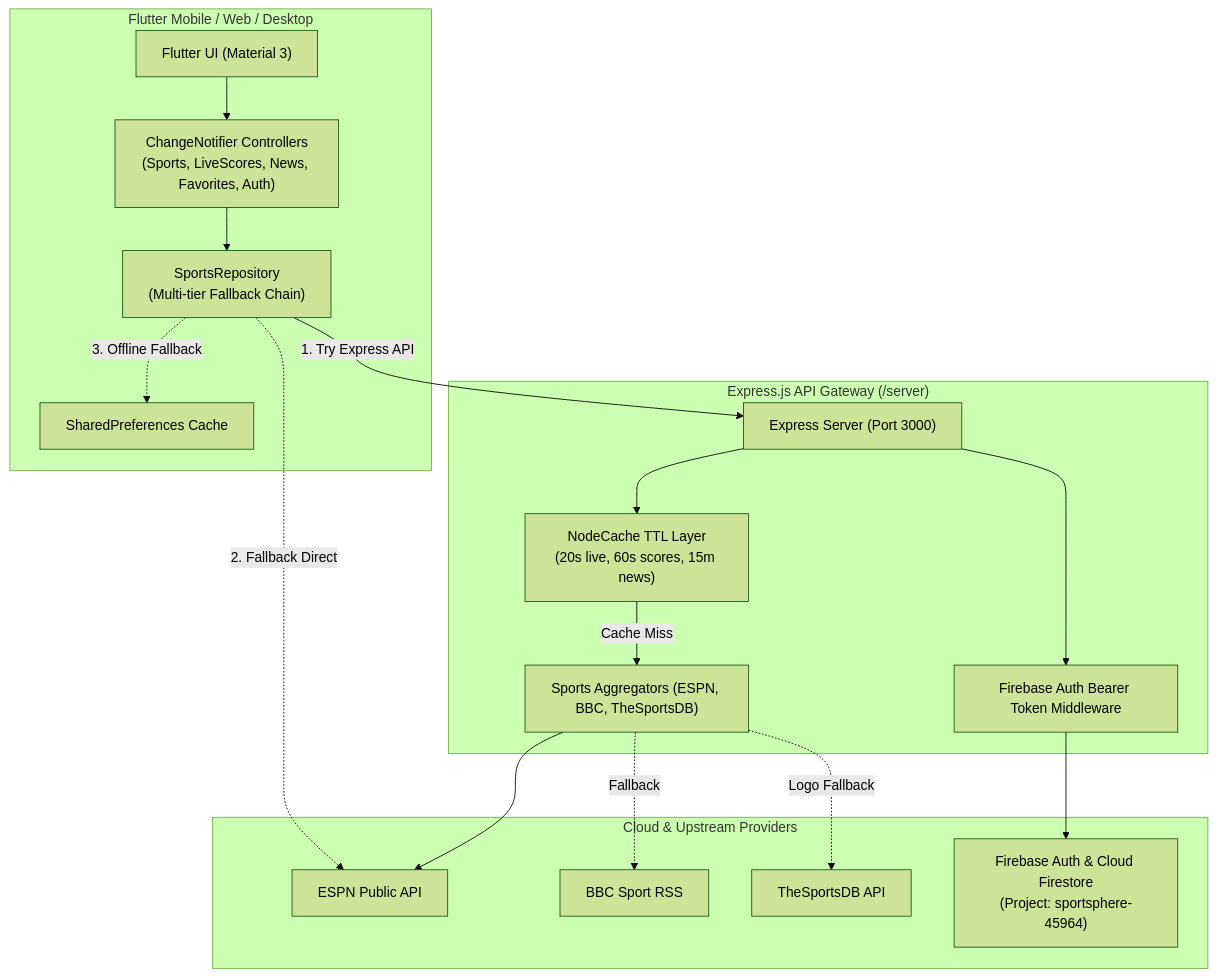
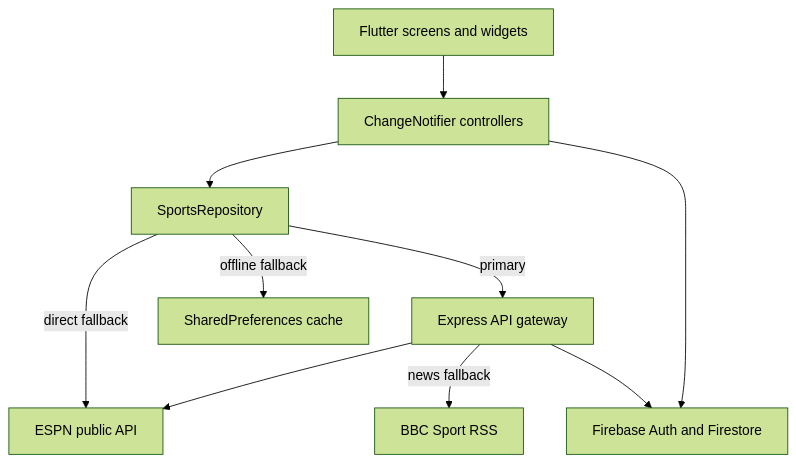
Before and after one commit to aadarshrdeshmukh/Sportsphere: the diagram in README.md, drawn with Mermaid (forest theme). The commit also changed other lines of this file and 9 other files, not shown here.

````diff
--- a/README.md
+++ b/README.md
@@ -22,37 +19,21 @@
 ```mermaid
 flowchart TD
-    subgraph Client ["Flutter Mobile / Web / Desktop"]
-        UI["Flutter UI (Material 3)"]
-        Controllers["ChangeNotifier Controllers\n(Sports, LiveScores, News, Favorites, Auth)"]
-        Repo["SportsRepository\n(Multi-tier Fallback Chain)"]
-        Cache["SharedPreferences Cache"]
-    end
+    UI[Flutter screens and widgets]
+    State[ChangeNotifier controllers]
+    Repo[SportsRepository]
+    API[Express API gateway]
+    ESPN[ESPN public API]
+    BBC[BBC Sport RSS]
+    Cache[SharedPreferences cache]
+    Firebase[Firebase Auth and Firestore]
 
-    subgraph Backend ["Express.js API Gateway (/server)"]
-        Express["Express Server (Port 3000)"]
-        TTLCache["NodeCache TTL Layer\n(20s live, 60s scores, 15m news)"]
-        AuthMiddleware["Firebase Auth Bearer Token Middleware"]
-        Aggregator["Sports Aggregators (ESPN, BBC, TheSportsDB)"]
-    end
-
-    subgraph CloudServices ["Cloud & Upstream Providers"]
-        ESPN["ESPN Public API"]
-        BBC["BBC Sport RSS"]
-        TSDB["TheSportsDB API"]
-        Firebase["Firebase Auth & Cloud Firestore\n(Project: sportsphere-45964)"]
-    end
-
-    UI --> Controllers
-    Controllers --> Repo
-    Repo -->|1. Try Express API| Express
-    Repo -.->|2. Fallback Direct| ESPN
-    Repo -.->|3. Offline Fallback| Cache
-
-    Express --> TTLCache
-    Express --> AuthMiddleware
-    AuthMiddleware --> Firebase
-    TTLCache -->|Cache Miss| Aggregator
-    Aggregator --> ESPN
-    Aggregator -.->|Fallback| BBC
-    Aggregator -.->|Logo Fallback| TSDB
+    UI --> State
+    State --> Repo
+    Repo -->|primary| API
+    Repo -->|direct fallback| ESPN
+    Repo -->|offline fallback| Cache
+    API --> ESPN
+    API -->|news fallback| BBC
+    API --> Firebase
+    State --> Firebase
 ```
````
